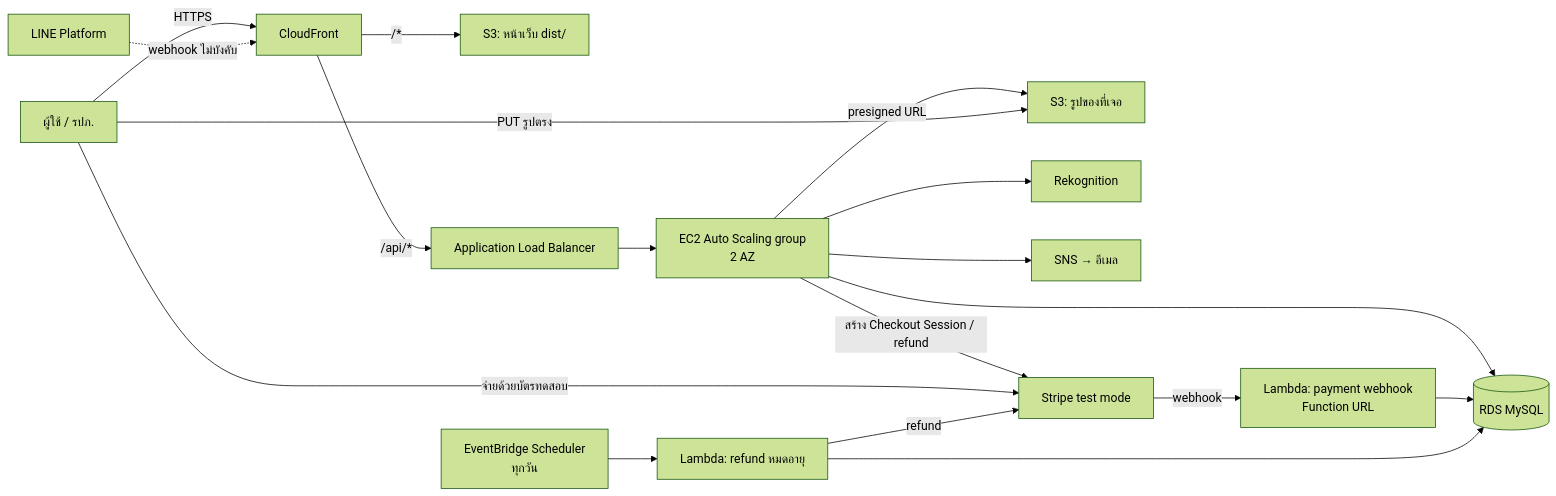
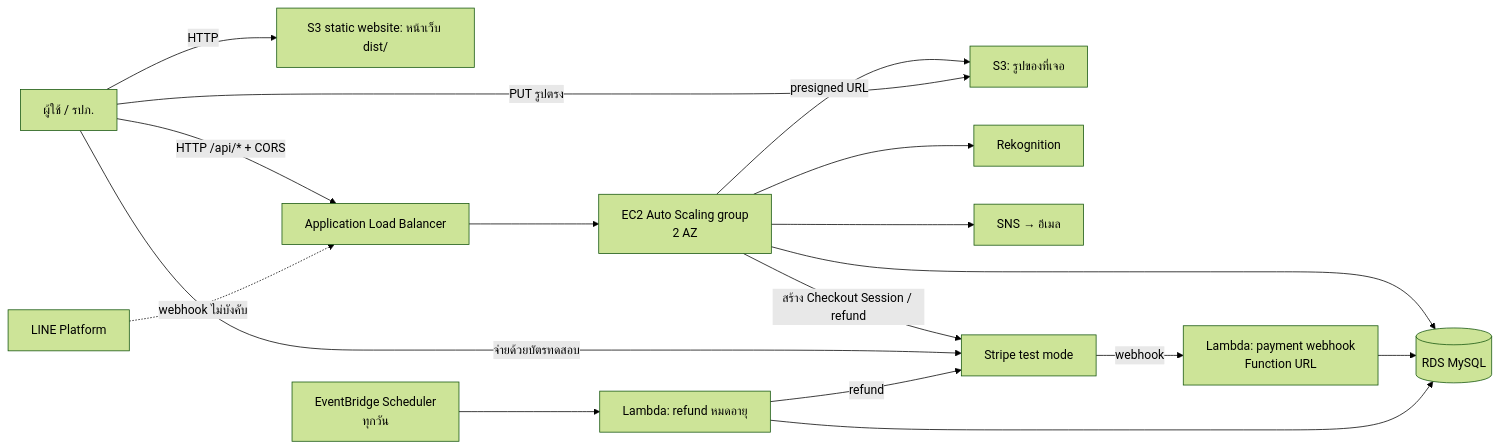
The first of 2 diagrams in docs/API_CONTRACT.md (darunpob/cs446_FinalProject), drawn with Mermaid (forest theme) before and after one commit. The commit also changed other lines of this file and 36 other files, not shown here.

First line of the commit message:
Apply device test feedback and drop CloudFront (contract v6)

````diff
--- a/docs/API_CONTRACT.md
+++ b/docs/API_CONTRACT.md
@@ -26,20 +35,19 @@
 ```mermaid
 graph LR
-  U[ผู้ใช้ / รปภ.] -->|HTTPS| CF[CloudFront]
-  CF -->|/*| S3W[S3: หน้าเว็บ dist/]
-  CF -->|/api/*| ALB[Application Load Balancer]
+  U[ผู้ใช้ / รปภ.] -->|HTTP| S3W[S3 static website: หน้าเว็บ dist/]
+  U -->|HTTP /api/* + CORS| ALB[Application Load Balancer]
   ALB --> ASG[EC2 Auto Scaling group<br/>2 AZ]
   ASG --> RDS[(RDS MySQL)]
   ASG -->|presigned URL| S3I[S3: รูปของที่เจอ]
   U -->|PUT รูปตรง| S3I
   ASG --> REK[Rekognition]
   ASG --> SNS[SNS → อีเมล]
-  LINE[LINE Platform] -.->|webhook ไม่บังคับ| CF
+  LINE[LINE Platform] -.->|webhook ไม่บังคับ| ALB
   ASG -->|สร้าง Checkout Session / refund| PAY[Stripe test mode]
   U -->|จ่ายด้วยบัตรทดสอบ| PAY
   PAY -->|webhook| LW[Lambda: payment webhook<br/>Function URL]
   LW --> RDS
   EB[EventBridge Scheduler<br/>ทุกวัน] --> LR[Lambda: refund หมดอายุ]
   LR --> RDS
   LR -->|refund| PAY
 ```
````
